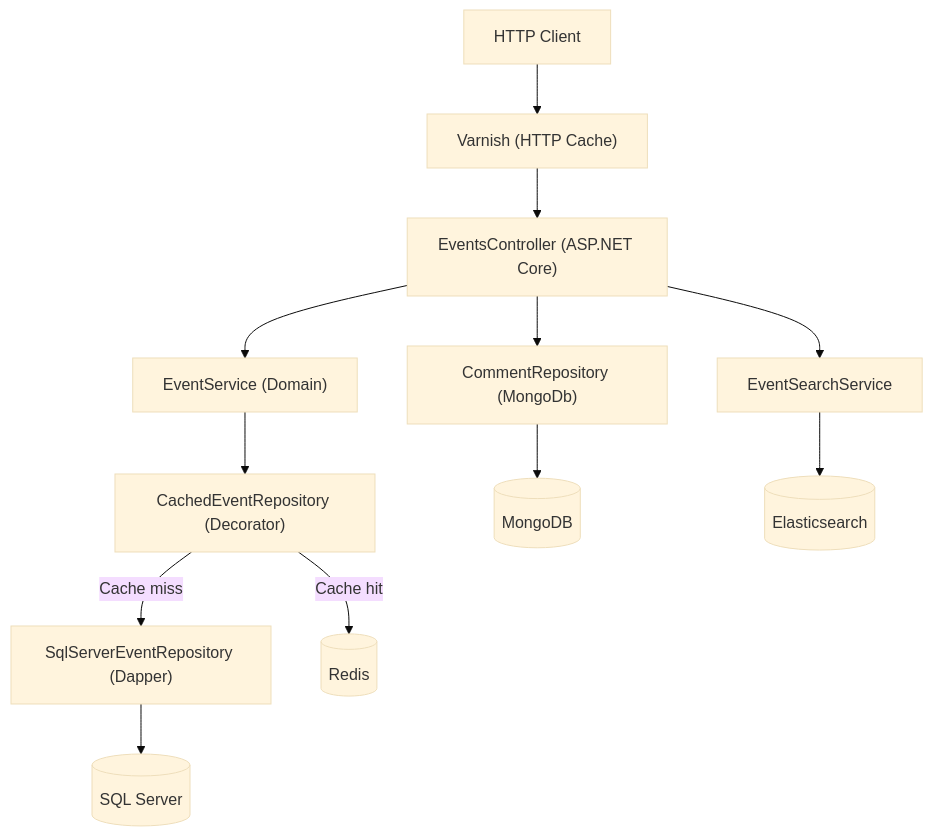
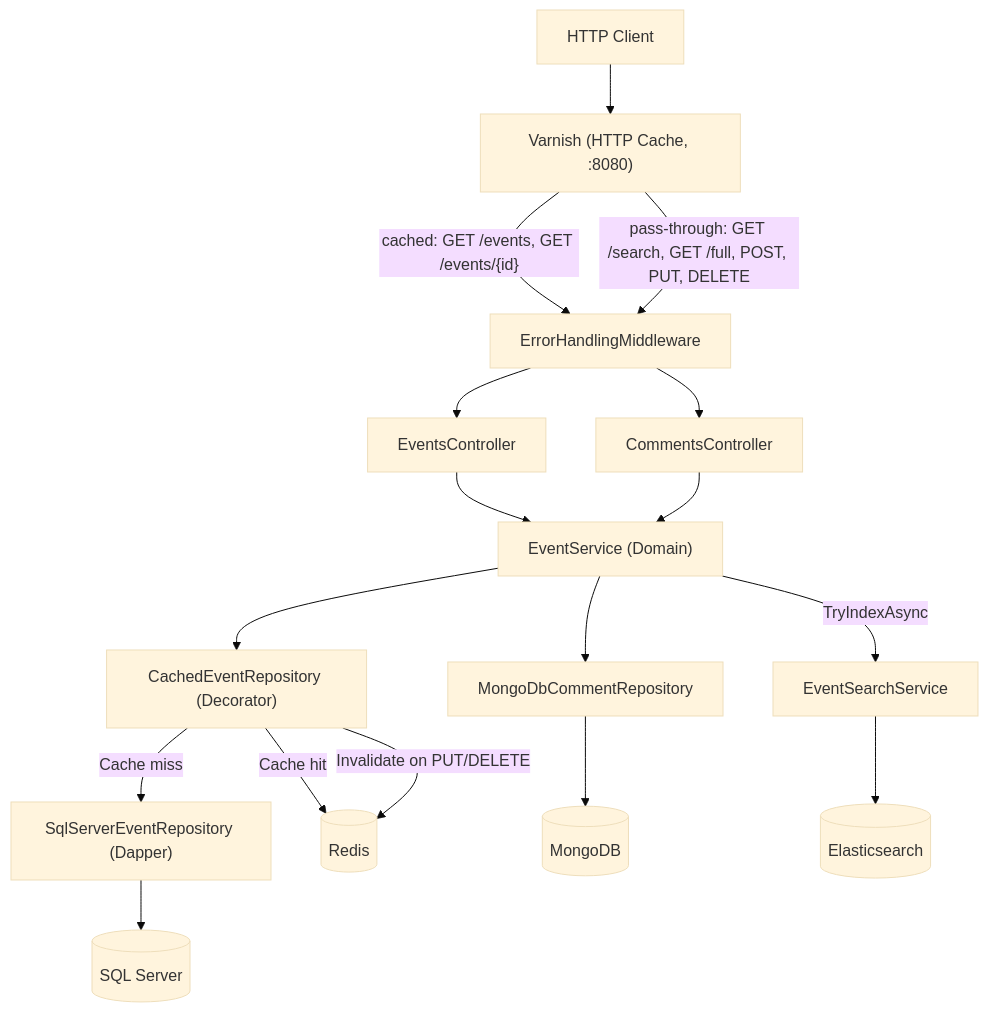
Before and after one commit to LaurentCondoure/EventManager: the third of 3 diagrams in documents/Technical/Architecture.md, drawn with Mermaid (base theme). The commit also changed other lines of this file and 8 other files, not shown here.

Commit message:
docs: update project's documents. Completed test strategy, update Architecture and flows

````diff
--- a/documents/Technical/Architecture.md
+++ b/documents/Technical/Architecture.md
@@ -56,27 +107,34 @@
 ```mermaid
 graph TD
     Client["HTTP Client"]
-    Varnish["Varnish (HTTP Cache)"]
-    API["EventsController (ASP.NET Core)"]
+    Varnish["Varnish (HTTP Cache, :8080)"]
+    EH["ErrorHandlingMiddleware"]
+    API["EventsController"]
+    CommentsAPI["CommentsController"]
     Service["EventService (Domain)"]
     Cache["CachedEventRepository (Decorator)"]
     Repo["SqlServerEventRepository (Dapper)"]
-    CommentRepo["CommentRepository (MongoDb)"]
+    CommentRepo["MongoDbCommentRepository"]
     SearchService["EventSearchService"]
     Redis[("Redis")]
     SQL[("SQL Server")]
     Mongo[("MongoDB")]
     ES[("Elasticsearch")]
 
     Client --> Varnish
-    Varnish --> API
+    Varnish -->|"cached: GET /events, GET /events/{id}"| EH
+    Varnish -->|"pass-through: GET /search, GET /full, POST, PUT, DELETE"| EH
+    EH --> API
+    EH --> CommentsAPI
     API --> Service
+    CommentsAPI --> Service
     Service --> Cache
+    Service --> CommentRepo
+    Service -->|TryIndexAsync| SearchService
     Cache -->|Cache hit| Redis
     Cache -->|Cache miss| Repo
+    Cache -->|Invalidate on PUT/DELETE| Redis
     Repo --> SQL
-    API --> CommentRepo
     CommentRepo --> Mongo
-    API --> SearchService
     SearchService --> ES
 ```
````
